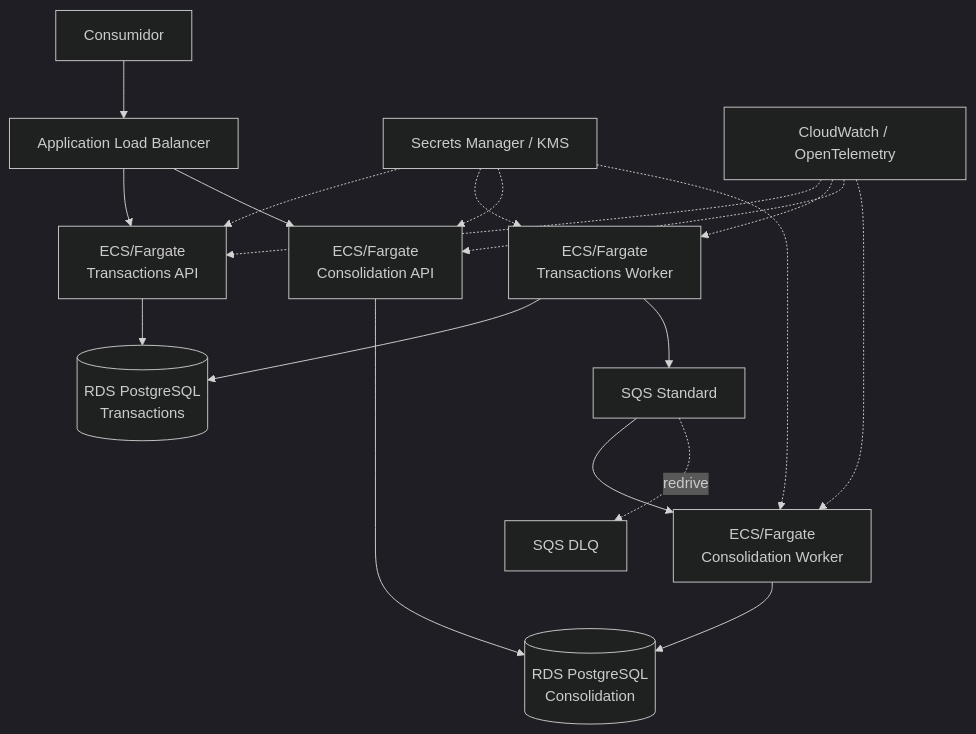
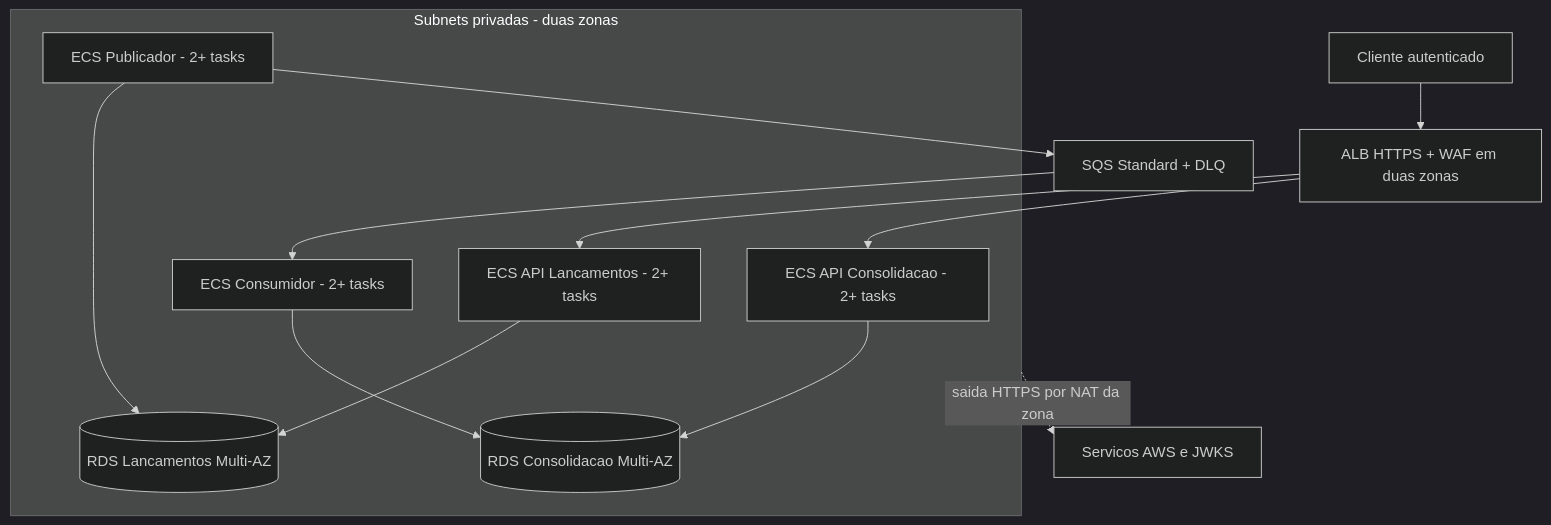
One commit to ThiagoFerraciolli/cash-flow-architecture changed the diagram in docs/07-infraestrutura/arquitetura-aws.md. Above: the diagram before and after it, drawn with Mermaid (dark theme). The commit also changed other lines of this file and 37 other files, not shown here.

````diff
--- a/docs/07-infraestrutura/arquitetura-aws.md
+++ b/docs/07-infraestrutura/arquitetura-aws.md
@@ -31,23 +15,21 @@
 ```mermaid
 flowchart TB
-    U[Consumidor] --> ALB[Application Load Balancer]
-    ALB --> TA[ECS/Fargate\nTransactions API]
-    ALB --> CA[ECS/Fargate\nConsolidation API]
-
-    TA --> TDB[(RDS PostgreSQL\nTransactions)]
-    TW[ECS/Fargate\nTransactions Worker] --> TDB
-    TW --> Q[SQS Standard]
-    Q --> CW[ECS/Fargate\nConsolidation Worker]
-    Q -. redrive .-> D[SQS DLQ]
-    CW --> CDB[(RDS PostgreSQL\nConsolidation)]
+    U[Cliente autenticado] --> ALB[ALB HTTPS + WAF em duas zonas]
+    subgraph PRIV[Subnets privadas - duas zonas]
+      TA[ECS API Lancamentos - 2+ tasks]
+      TW[ECS Publicador - 2+ tasks]
+      CA[ECS API Consolidacao - 2+ tasks]
+      CW[ECS Consumidor - 2+ tasks]
+      TDB[(RDS Lancamentos Multi-AZ)]
+      CDB[(RDS Consolidacao Multi-AZ)]
+    end
+    ALB --> TA
+    ALB --> CA
+    TA --> TDB
+    TW --> TDB
+    TW --> Q[SQS Standard + DLQ]
+    Q --> CW
+    CW --> CDB
     CA --> CDB
-
-    SM[Secrets Manager / KMS] -.-> TA
-    SM -.-> TW
-    SM -.-> CA
-    SM -.-> CW
-    OBS[CloudWatch / OpenTelemetry] -.-> TA
-    OBS -.-> TW
-    OBS -.-> CA
-    OBS -.-> CW
+    PRIV -. saida HTTPS por NAT da zona .-> AWS[Servicos AWS e JWKS]
 ```
````
